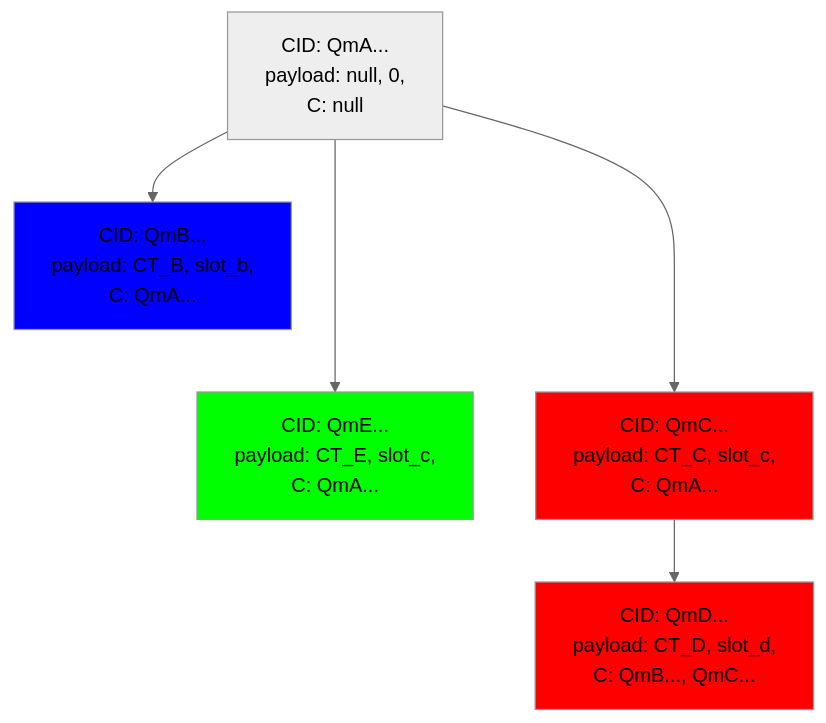
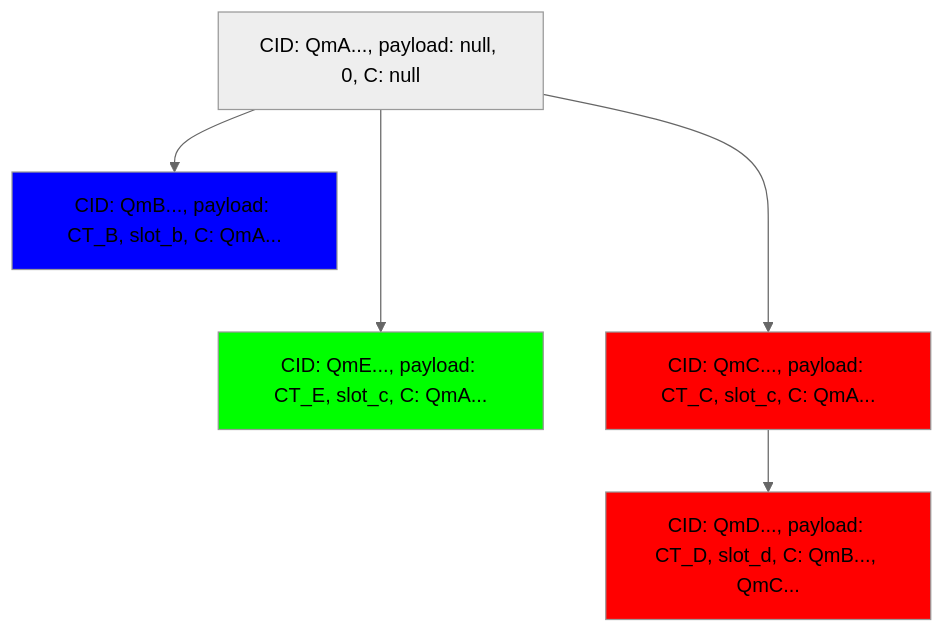
Before and after one commit to ideal-lab5/Grants-Program: the fourth of 7 diagrams in applications/etf_network.md, drawn with Mermaid (neutral theme). The commit also changed other lines of this file, not shown here.

Commit message:
fix diagrams

````diff
--- a/applications/etf_network.md
+++ b/applications/etf_network.md
@@ -176,32 +145,12 @@
-``` mermaid
-   graph TD;
-      A[
-         CID: QmA...
-         payload: null, 0,
-         C: null
-      ]-->B[
-         CID: QmB...
-         payload: CT_B, slot_b,
-         C: QmA...
-      ];
-      A--->E[
-         CID: QmE...
-         payload: CT_E, slot_c,
-         C: QmA...
-      ];
-      A--->C[
-         CID: QmC...
-         payload: CT_C, slot_c,
-         C: QmA...
-      ];
-      C-->D[
-         CID: QmD...
-         payload: CT_D, slot_d,
-         C: QmB..., QmC...
-      ];
+```mermaid
+graph TD;
+   A[CID: QmA..., payload: null, 0, C: null]-->B[CID: QmB..., payload: CT_B, slot_b, C: QmA...];
+   A--->E[CID: QmE..., payload: CT_E, slot_c, C: QmA...];
+   A--->C[CID: QmC..., payload: CT_C, slot_c, C: QmA...];
+   C-->D[CID: QmD..., payload: CT_D, slot_d, C: QmB..., QmC...];
 
-      style B fill:#0000FF;
-      style C fill:#FF0000;
-      style D fill:#FF0000;
-      style E fill:#00FF00;
+   style B fill:#0000FF;
+   style C fill:#FF0000;
+   style D fill:#FF0000;
+   style E fill:#00FF00;
 ```
````
